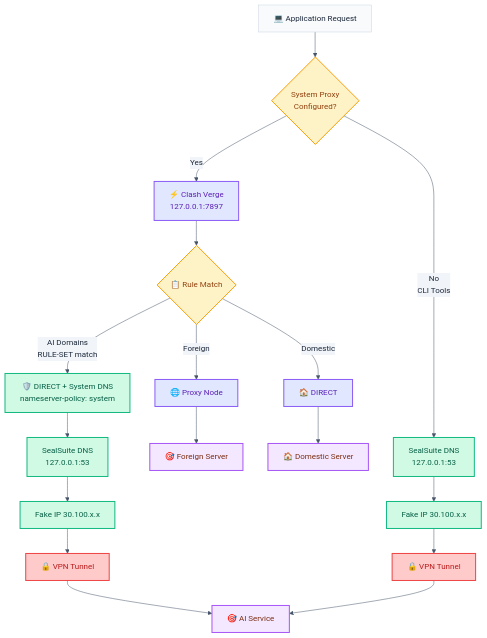
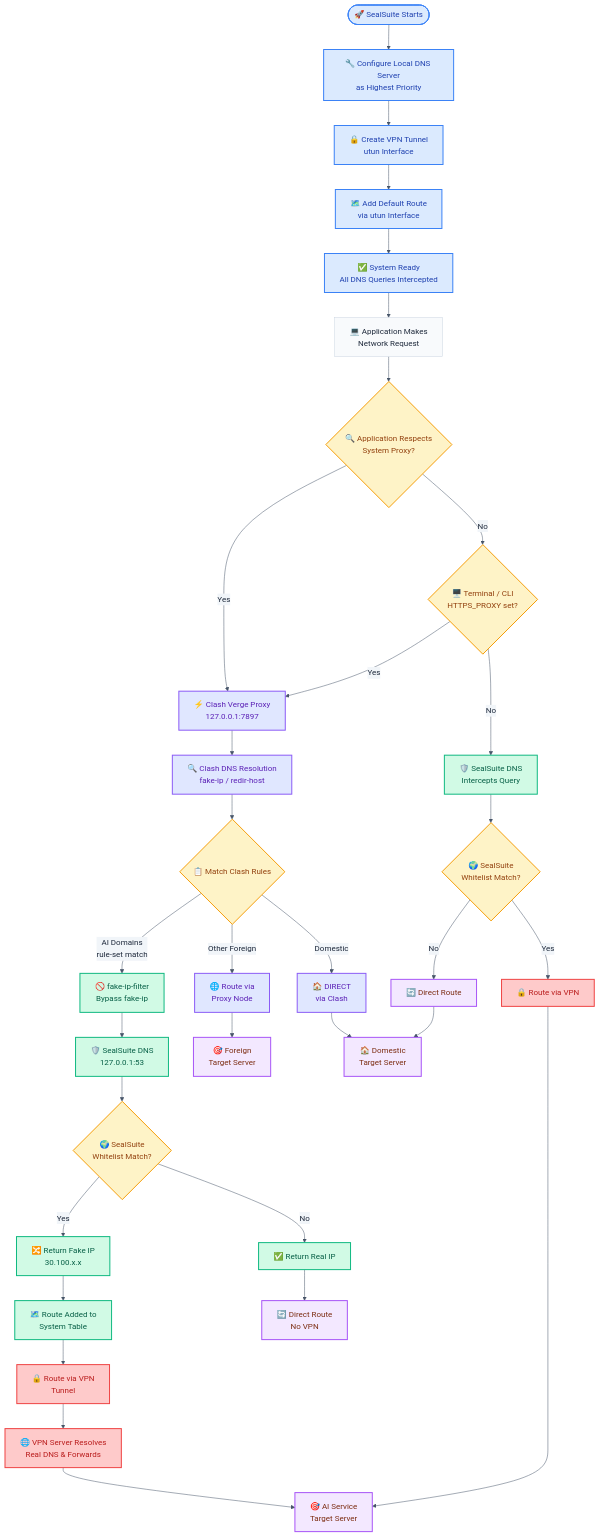
One commit to badboy608/docs changed the diagram in sealsuite-clashverge-integration-flow.md. Above: the diagram before and after it, drawn with Mermaid. The commit also changed other lines of this file, not shown here.

Commit message:
docs(main): restore full workflow diagram with setup phase

````diff
--- a/sealsuite-clashverge-integration-flow.md
+++ b/sealsuite-clashverge-integration-flow.md
@@ -7,39 +7,71 @@
 ```mermaid
 %%{init: {'theme': 'base', 'themeVariables': { 'primaryColor': '#F8FAFC', 'primaryTextColor': '#1E293B', 'primaryBorderColor': '#CBD5E1', 'lineColor': '#475569', 'secondaryColor': '#F1F5F9', 'tertiaryColor': '#E2E8F0', 'background': '#FFFFFF', 'mainBkg': '#F8FAFC', 'secondBkg': '#F1F5F9'}}}%%
 flowchart TD
-    AppReq[💻 Application Request] --> ProxyCheck{System Proxy<br/>Configured?}
+    %% Setup Phase
+    Start([🚀 SealSuite Starts]) --> Setup[🔧 Configure Local DNS Server<br/>as Highest Priority]
+    Setup --> VPN[🔒 Create VPN Tunnel<br/>utun Interface]
+    VPN --> DefaultRoute[🗺️ Add Default Route<br/>via utun Interface]
+    DefaultRoute --> Ready[✅ System Ready<br/>All DNS Queries Intercepted]
 
-    %% Proxy-aware apps (browser)
-    ProxyCheck -->|Yes| ClashProxy[⚡ Clash Verge<br/>127.0.0.1:7897]
-    ClashProxy --> RuleMatch{📋 Rule Match}
+    %% Application Request
+    Ready --> AppReq[💻 Application Makes<br/>Network Request]
 
-    RuleMatch -->|AI Domains<br/>RULE-SET match| AIPath[🛡️ DIRECT + System DNS<br/>nameserver-policy: system]
-    RuleMatch -->|Foreign| ProxyNode[🌐 Proxy Node]
-    RuleMatch -->|Domestic| DirectClash[🏠 DIRECT]
+    %% Proxy Detection
+    AppReq --> ProxyCheck{🔍 Application Respects<br/>System Proxy?}
 
-    AIPath --> SealDNS[SealSuite DNS<br/>127.0.0.1:53]
-    SealDNS --> FakeIP[Fake IP 30.100.x.x]
-    FakeIP --> VPNTunnel[🔒 VPN Tunnel]
-    VPNTunnel --> AITarget[🎯 AI Service]
+    %% Clash Verge Path - Proxy Aware Apps
+    ProxyCheck -->|Yes| ClashProxy[⚡ Clash Verge Proxy<br/>127.0.0.1:7897]
+    ClashProxy --> ClashDNS[🔍 Clash DNS Resolution<br/>fake-ip / redir-host]
+    ClashDNS --> RuleMatch{📋 Match Clash Rules}
 
-    ProxyNode --> ForeignTarget[🎯 Foreign Server]
-    DirectClash --> DomesticTarget[🏠 Domestic Server]
+    %% Clash Rule Matching
+    RuleMatch -->|AI Domains<br/>rule-set match| FakeIPFilter[🚫 fake-ip-filter<br/>Bypass fake-ip]
+    RuleMatch -->|Other Foreign| ClashNode[🌐 Route via<br/>Proxy Node]
+    RuleMatch -->|Domestic| ClashDirect[🏠 DIRECT<br/>via Clash]
 
-    %% CLI tools (no proxy)
-    ProxyCheck -->|No<br/>CLI Tools| SealDNS2[SealSuite DNS<br/>127.0.0.1:53]
-    SealDNS2 --> FakeIP2[Fake IP 30.100.x.x]
-    FakeIP2 --> VPNTunnel2[🔒 VPN Tunnel]
+    %% AI Domain - System DNS Path
+    FakeIPFilter --> SystemDNS[🛡️ SealSuite DNS<br/>127.0.0.1:53]
+    SystemDNS --> DomainCheck{🌍 SealSuite<br/>Whitelist Match?}
+
+    %% SealSuite Whitelist Hit
+    DomainCheck -->|Yes| FakeIP[🔀 Return Fake IP<br/>30.100.x.x]
+    FakeIP --> RouteAdd[🗺️ Route Added to<br/>System Table]
+    RouteAdd --> VPNTunnel[🔒 Route via VPN<br/>Tunnel]
+    VPNTunnel --> VPNServer[🌐 VPN Server Resolves<br/>Real DNS & Forwards]
+    VPNServer --> AITarget[🎯 AI Service<br/>Target Server]
+
+    %% SealSuite Whitelist Miss
+    DomainCheck -->|No| RealIP[✅ Return Real IP]
+    RealIP --> DirectOut[🔄 Direct Route<br/>No VPN]
+
+    %% Proxy Node Path
+    ClashNode --> ForeignTarget[🎯 Foreign<br/>Target Server]
+
+    %% Direct Path
+    ClashDirect --> DomesticTarget[🏠 Domestic<br/>Target Server]
+
+    %% Non-Proxy Apps (CLI tools etc.)
+    ProxyCheck -->|No| CLICheck{🖥️ Terminal / CLI<br/>HTTPS_PROXY set?}
+    CLICheck -->|Yes| ClashProxy
+    CLICheck -->|No| SealDNS2[🛡️ SealSuite DNS<br/>Intercepts Query]
+    SealDNS2 --> DomainCheck2{🌍 SealSuite<br/>Whitelist Match?}
+    DomainCheck2 -->|Yes| VPNTunnel2[🔒 Route via VPN]
     VPNTunnel2 --> AITarget
+    DomainCheck2 -->|No| DirectOut2[🔄 Direct Route]
+    DirectOut2 --> DomesticTarget
 
+    %% Styling
+    classDef setupPhase fill:#DBEAFE,stroke:#3B82F6,stroke-width:2px,color:#1E40AF
+    classDef dnsProcess fill:#D1FAE5,stroke:#10B981,stroke-width:2px,color:#065F46
     classDef decision fill:#FEF3C7,stroke:#F59E0B,stroke-width:2px,color:#92400E
     classDef clashProcess fill:#E0E7FF,stroke:#8B5CF6,stroke-width:2px,color:#5B21B6
     classDef vpnProcess fill:#FECACA,stroke:#EF4444,stroke-width:2px,color:#B91C1C
-    classDef dnsProcess fill:#D1FAE5,stroke:#10B981,stroke-width:2px,color:#065F46
     classDef target fill:#F3E8FF,stroke:#A855F7,stroke-width:2px,color:#7C2D12
 
-    class ProxyCheck,RuleMatch decision
-    class ClashProxy,ProxyNode,DirectClash clashProcess
-    class VPNTunnel,VPNTunnel2 vpnProcess
-    class AIPath,SealDNS,SealDNS2,FakeIP,FakeIP2 dnsProcess
-    class AITarget,ForeignTarget,DomesticTarget target
+    class Start,Setup,VPN,DefaultRoute,Ready setupPhase
+    class SystemDNS,FakeIPFilter,FakeIP,RealIP,RouteAdd,SealDNS2 dnsProcess
+    class ProxyCheck,RuleMatch,DomainCheck,DomainCheck2,CLICheck decision
+    class ClashProxy,ClashDNS,ClashNode,ClashDirect clashProcess
+    class VPNTunnel,VPNServer,VPNTunnel2 vpnProcess
+    class AITarget,ForeignTarget,DomesticTarget,DirectOut,DirectOut2 target
 ```
````
